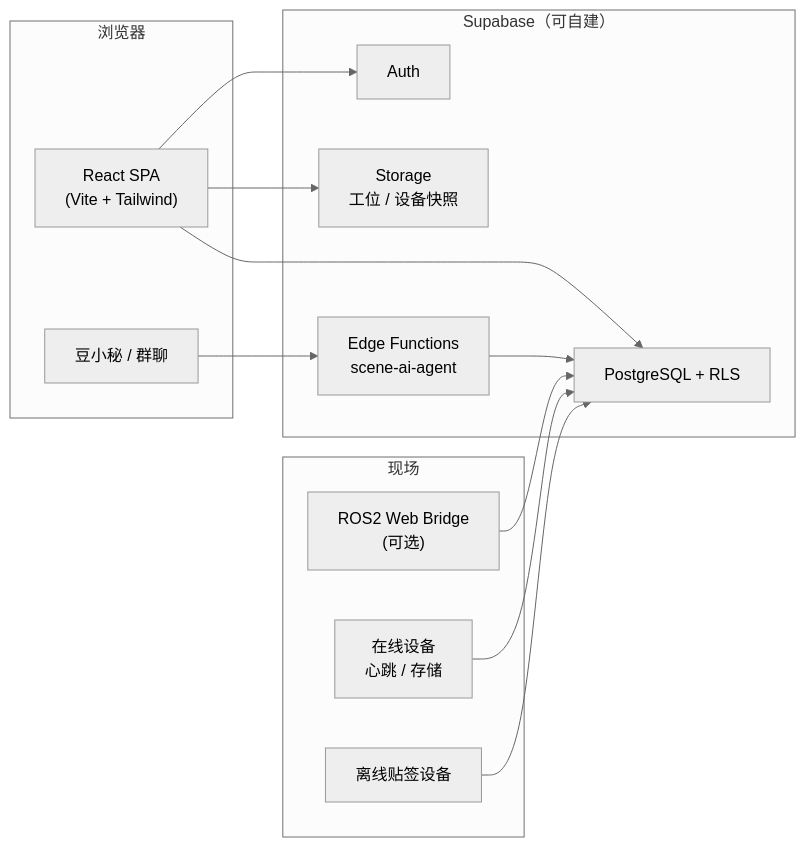
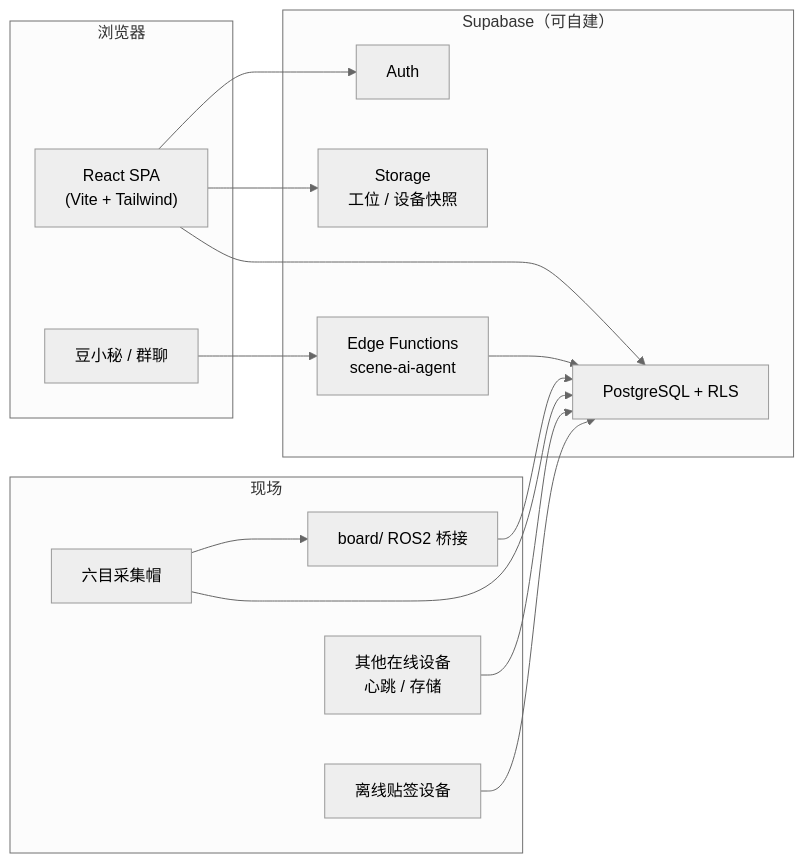
One commit to Zhu-Qianyu/UPAIego-management changed the diagram in README.zh-CN.md. Above: the diagram before and after it, drawn with Mermaid (neutral theme). The commit also changed other lines of this file and 11 other files, not shown here.

````diff
--- a/README.zh-CN.md
+++ b/README.zh-CN.md
@@ -115,29 +133,32 @@
 ```mermaid
 flowchart LR
   subgraph Client["浏览器"]
     SPA["React SPA\n(Vite + Tailwind)"]
     Bot["豆小秘 / 群聊"]
   end
 
   subgraph Supabase["Supabase（可自建）"]
     Auth["Auth"]
     PG["PostgreSQL + RLS"]
     Storage["Storage\n工位 / 设备快照"]
     Edge["Edge Functions\nscene-ai-agent"]
   end
 
   subgraph EdgeHW["现场"]
-    Online["在线设备\n心跳 / 存储"]
+    Hat["六目采集帽"]
+    Online["其他在线设备\n心跳 / 存储"]
     Offline["离线贴签设备"]
-    Board["ROS2 Web Bridge\n(可选)"]
+    Board["board/ ROS2 桥接"]
   end
 
   SPA --> Auth
   SPA --> PG
   SPA --> Storage
   Bot --> Edge
   Edge --> PG
   Board --> PG
+  Hat --> Board
+  Hat --> PG
   Online --> PG
   Offline --> PG
 ```
````
